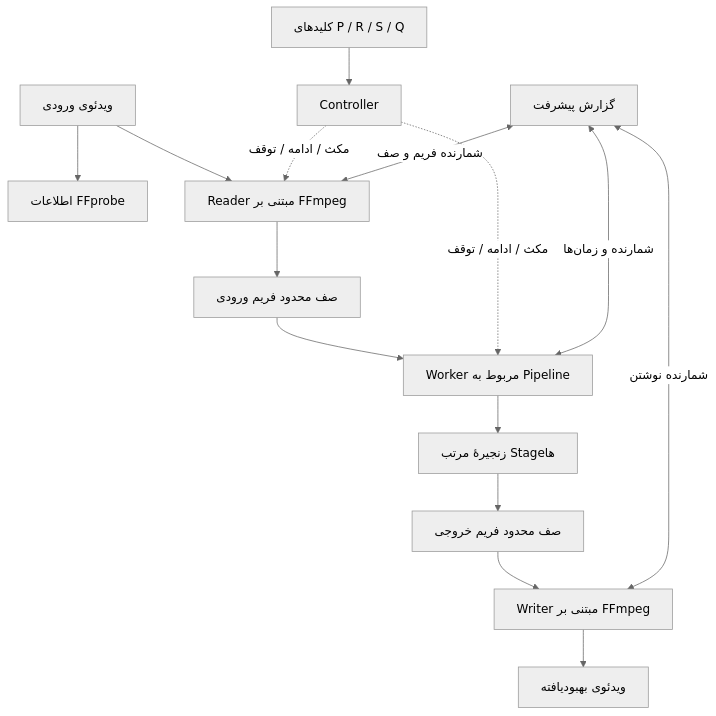
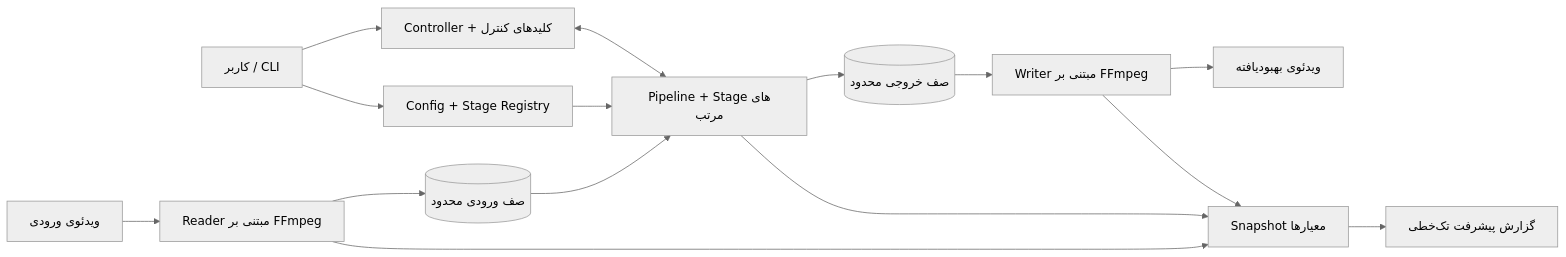
One commit to mahdisp1999/vidpipe changed the first of 6 diagrams in ARCHITECTURE_FA.md. Above: the diagram before and after it, drawn with Mermaid (neutral theme). The commit also changed other lines of this file and 5 other files, not shown here.

````diff
--- a/ARCHITECTURE_FA.md
+++ b/ARCHITECTURE_FA.md
@@ -59,17 +64,17 @@
 ```mermaid
-flowchart TD
-    A[ویدئوی ورودی] --> B[اطلاعات FFprobe]
-    A --> C[Reader مبتنی بر FFmpeg]
-    C --> D[صف محدود فریم ورودی]
-    D --> E[Worker مربوط به Pipeline]
-    E --> F[زنجیرهٔ مرتب Stageها]
-    F --> G[صف محدود فریم خروجی]
-    G --> H[Writer مبتنی بر FFmpeg]
-    H --> I[ویدئوی بهبودیافته]
-    J[Controller] -. مکث / ادامه / توقف .-> C
-    J -. مکث / ادامه / توقف .-> E
-    K[کلیدهای P / R / S / Q] --> J
-    L[گزارش پیشرفت] <-- شمارنده و زمان‌ها --> E
-    L <-- شمارنده فریم و صف --> C
-    L <-- شمارنده نوشتن --> H
+flowchart LR
+    U[کاربر / CLI] --> C[Controller + کلیدهای کنترل]
+    U --> CFG[Config + Stage Registry]
+    IN[ویدئوی ورودی] --> R[Reader مبتنی بر FFmpeg]
+    R --> IQ[(صف ورودی محدود)]
+    IQ --> P[Pipeline + Stageهای مرتب]
+    CFG --> P
+    P --> OQ[(صف خروجی محدود)]
+    OQ --> W[Writer مبتنی بر FFmpeg]
+    W --> OUT[ویدئوی بهبودیافته]
+    P --> M[Snapshot معیارها]
+    R --> M
+    W --> M
+    M --> PR[گزارش پیشرفت تک‌خطی]
+    C <--> P
 ```
````
